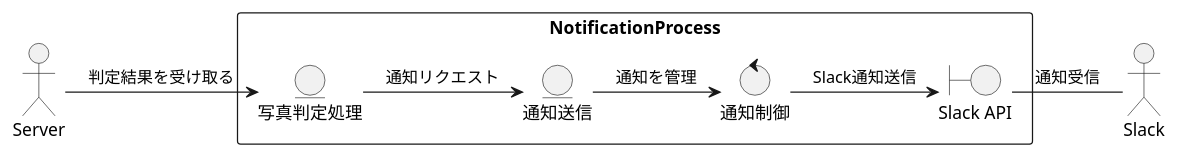
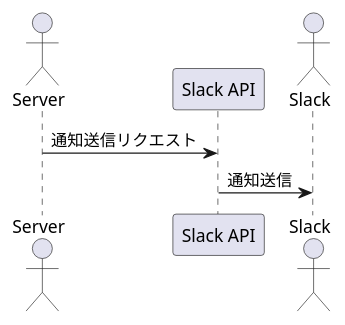
Before and after one commit to kangy106/OkatadukeClub: the diagram in notificationSequence.puml, drawn with PlantUML. The commit also changed other lines of this file, not shown here.

```diff
--- a/notificationSequence.puml
+++ b/notificationSequence.puml
@@ -1,16 +1,9 @@
 @startuml
-' ロバストネス図: 通知送信処理
+' シーケンス図: 通知送信処理
 actor "Server" as Server
+participant "Slack API" as SlackAPI
 actor "Slack" as Slack
-rectangle NotificationProcess {
-    entity "写真判定処理" as Processing
-    entity "通知送信" as Sending
-    boundary "Slack API" as API
-    control "通知制御" as Control
-}
-Server -> Processing : 判定結果を受け取る
-Processing -> Sending : 通知リクエスト
-Sending -> Control : 通知を管理
-Control -> API : Slack通知送信
-API - Slack : 通知受信
+
+Server -> SlackAPI: 通知送信リクエスト
+SlackAPI -> Slack: 通知送信
 @enduml
```
